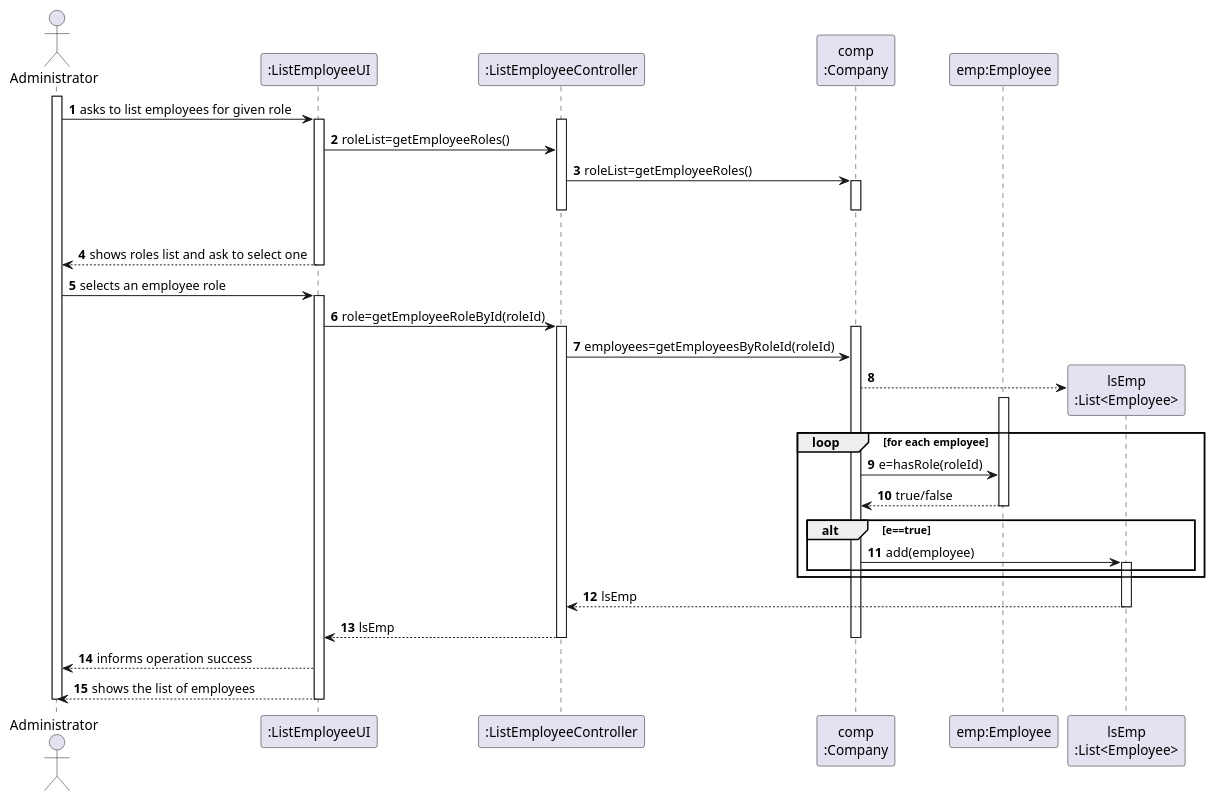
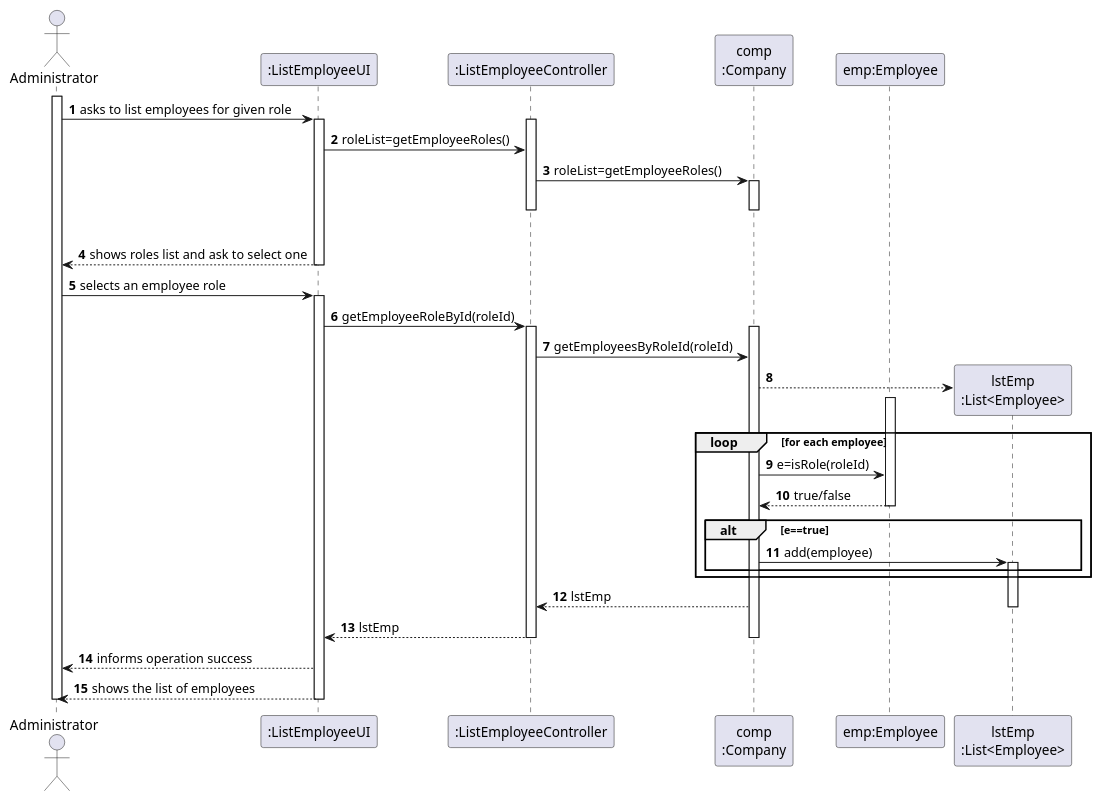
One commit to miseEnPlace-i/lapr2 changed the diagram in docs/SprintB/US11/SD/US11_SD.puml. Above: the diagram before and after it, drawn with PlantUML. The commit also changed 4 other files, not shown here.

```diff
--- a/docs/SprintB/US11/SD/US11_SD.puml
+++ b/docs/SprintB/US11/SD/US11_SD.puml
@@ -1,62 +1,62 @@
 @startuml
 autonumber
 'hide footbox
 actor "Administrator" as ADM
 
 participant ":ListEmployeeUI" as UI
 participant ":ListEmployeeController" as CTRL
 participant "comp\n:Company" as COMP
 participant "emp:Employee" as EMP
 
 activate ADM
 ADM -> UI : asks to list employees for given role
 activate UI
 activate CTRL
 UI -> CTRL : roleList=getEmployeeRoles()
 
 CTRL -> COMP : roleList=getEmployeeRoles()
 activate COMP
 |||
 deactivate COMP
 deactivate CTRL
 
 UI --> ADM : shows roles list and ask to select one
 deactivate UI
 
 ADM -> UI : selects an employee role
 activate UI
 
-UI -> CTRL : role=getEmployeeRoleById(roleId)
+UI -> CTRL : getEmployeeRoleById(roleId)
 activate CTRL
 
 activate COMP
-CTRL -> COMP: employees=getEmployeesByRoleId(roleId)
-create "lsEmp\n:List<Employee>" as LST
+CTRL -> COMP: getEmployeesByRoleId(roleId)
+create "lstEmp\n:List<Employee>" as LST
 COMP --> LST
 
 loop for each employee
   activate EMP
-    COMP -> EMP: e=hasRole(roleId)
+    COMP -> EMP: e=isRole(roleId)
     EMP --> COMP: true/false
   deactivate EMP
     alt e==true
         COMP -> LST: add(employee)
       activate LST
     end
 end
 
-LST --> CTRL: lsEmp
+COMP --> CTRL: lstEmp
 deactivate LST
-CTRL --> UI: lsEmp
+CTRL --> UI: lstEmp
 
 deactivate COMP
 deactivate CTRL
 UI --> ADM : informs operation success
 UI --> ADM: shows the list of employees
 deactivate UI
 
 deactivate UI
 deactivate CTRL
 deactivate ADM
 
 @enduml
```
